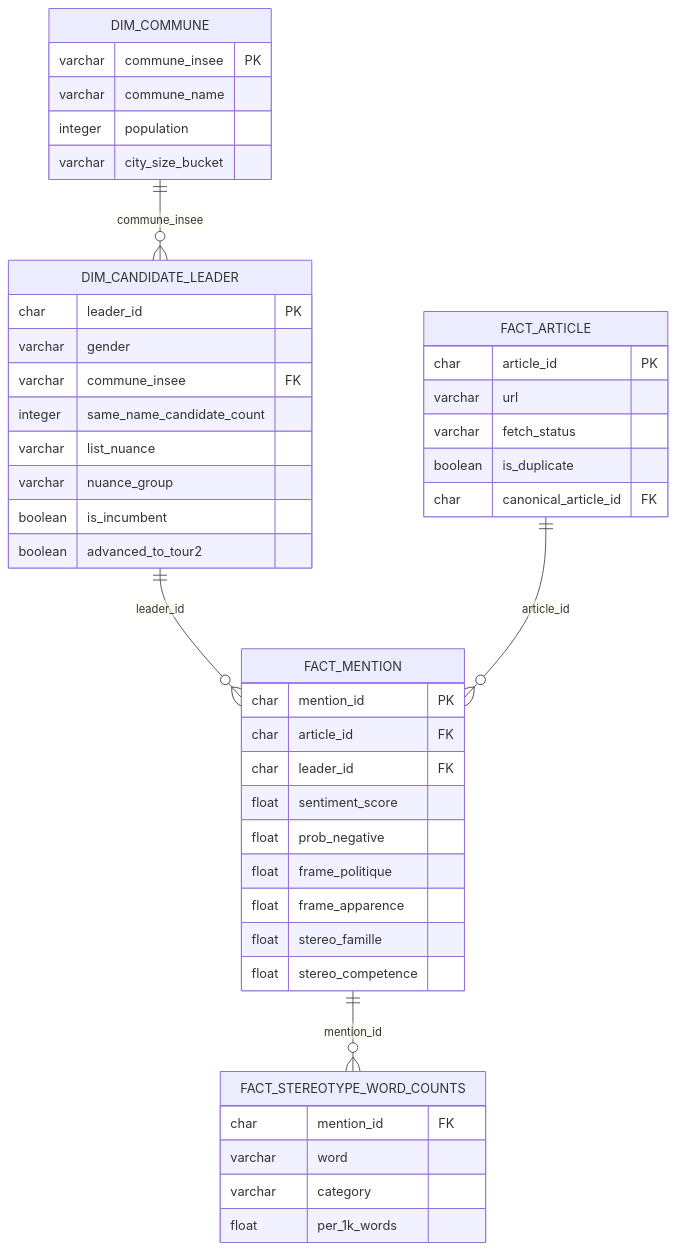
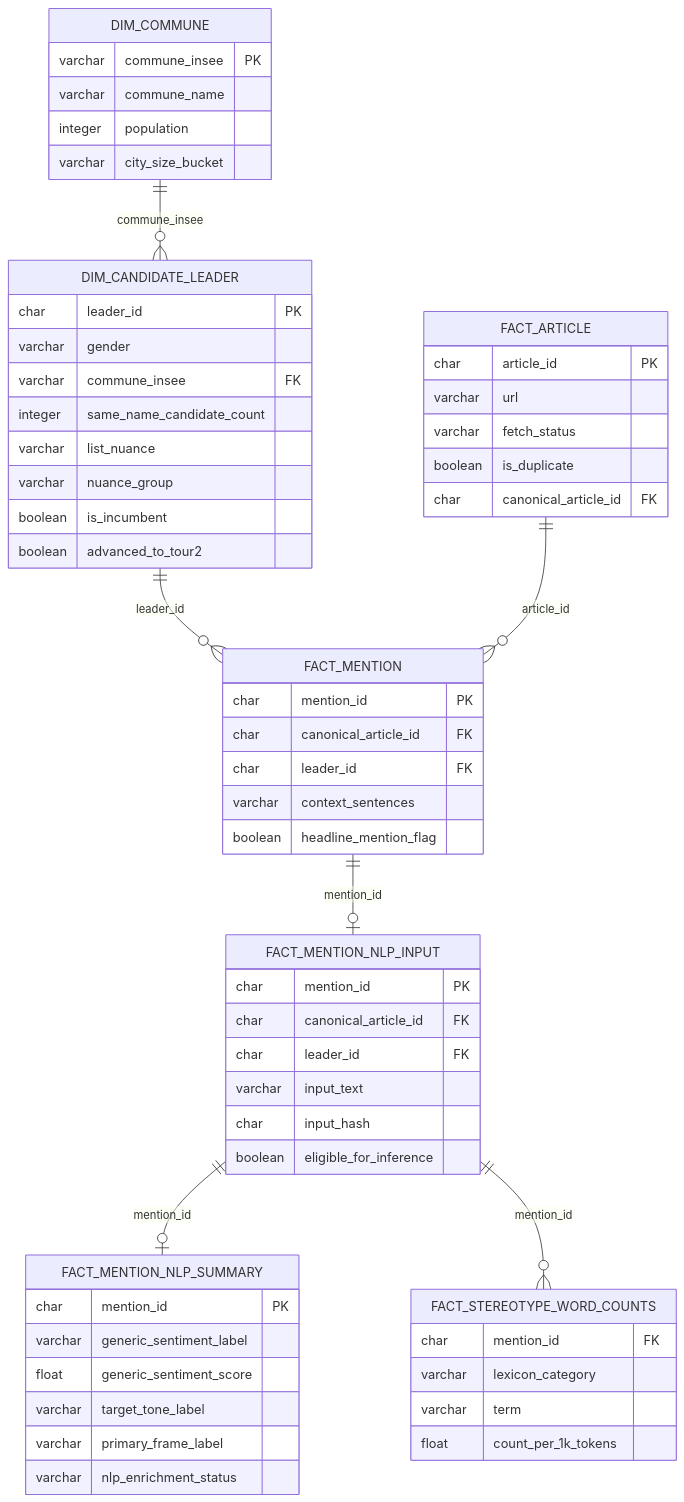
One commit to cchoooots98/election-gender-bias_D4W changed the second of 2 diagrams in README.md. Above: the diagram before and after it, drawn with Mermaid. The commit also changed other lines of this file and 1 other file, not shown here.

First line of the commit message:
docs: update README and runbook for NLP pipeline phases

````diff
--- a/README.md
+++ b/README.md
@@ -344,52 +362,68 @@
 ```mermaid
 erDiagram
     DIM_COMMUNE {
         varchar commune_insee PK
         varchar commune_name
         integer population
         varchar city_size_bucket
     }
 
     DIM_CANDIDATE_LEADER {
         char    leader_id PK
         varchar gender
         varchar commune_insee FK
         integer same_name_candidate_count
         varchar list_nuance
         varchar nuance_group
         boolean is_incumbent
         boolean advanced_to_tour2
     }
 
     FACT_ARTICLE {
         char    article_id PK
         varchar url
         varchar fetch_status
         boolean is_duplicate
         char    canonical_article_id FK
     }
 
     FACT_MENTION {
-        char  mention_id PK
-        char  article_id FK
-        char  leader_id FK
-        float sentiment_score
-        float prob_negative
-        float frame_politique
-        float frame_apparence
-        float stereo_famille
-        float stereo_competence
+        char    mention_id PK
+        char    canonical_article_id FK
+        char    leader_id FK
+        varchar context_sentences
+        boolean headline_mention_flag
+    }
+
+    FACT_MENTION_NLP_INPUT {
+        char    mention_id PK
+        char    canonical_article_id FK
+        char    leader_id FK
+        varchar input_text
+        char    input_hash
+        boolean eligible_for_inference
+    }
+
+    FACT_MENTION_NLP_SUMMARY {
+        char    mention_id PK
+        varchar generic_sentiment_label
+        float   generic_sentiment_score
+        varchar target_tone_label
+        varchar primary_frame_label
+        varchar nlp_enrichment_status
     }
 
     FACT_STEREOTYPE_WORD_COUNTS {
         char    mention_id FK
-        varchar word
-        varchar category
-        float   per_1k_words
+        varchar lexicon_category
+        varchar term
+        float   count_per_1k_tokens
     }
 
     DIM_COMMUNE ||--o{ DIM_CANDIDATE_LEADER : "commune_insee"
     DIM_CANDIDATE_LEADER ||--o{ FACT_MENTION : "leader_id"
     FACT_ARTICLE ||--o{ FACT_MENTION : "article_id"
-    FACT_MENTION ||--o{ FACT_STEREOTYPE_WORD_COUNTS : "mention_id"
+    FACT_MENTION ||--o| FACT_MENTION_NLP_INPUT : "mention_id"
+    FACT_MENTION_NLP_INPUT ||--o| FACT_MENTION_NLP_SUMMARY : "mention_id"
+    FACT_MENTION_NLP_INPUT ||--o{ FACT_STEREOTYPE_WORD_COUNTS : "mention_id"
 ```
````
